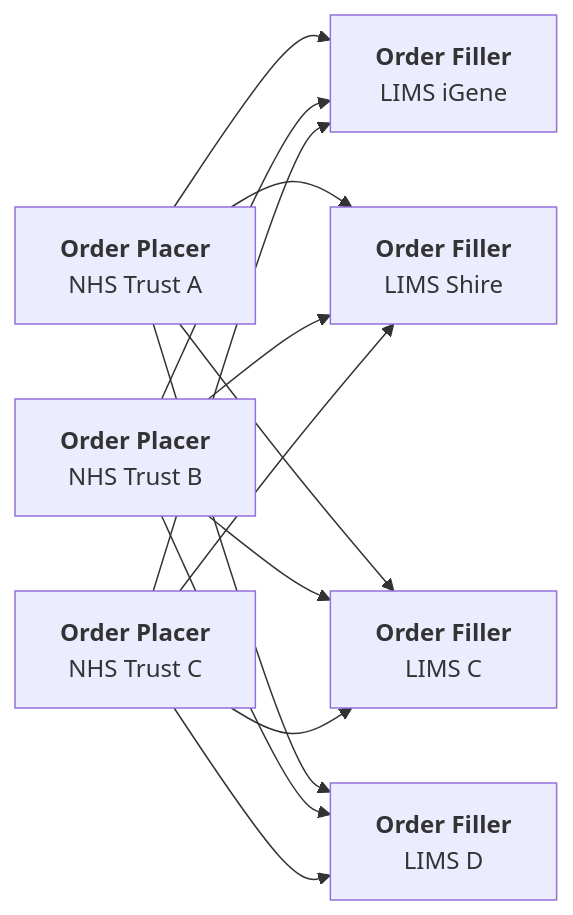
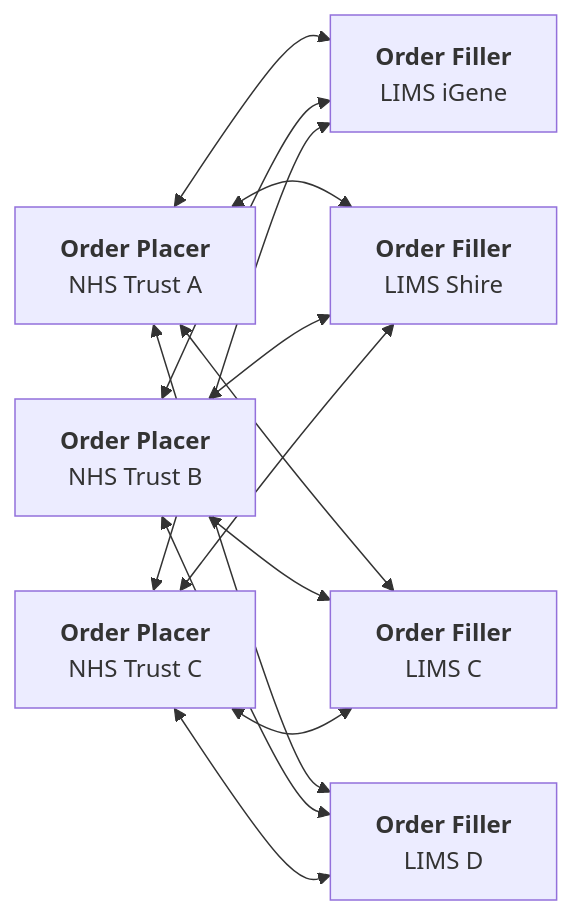
One commit to uk-gov-mirror/nw-gmsa.nw-gmsa.github.com changed the fourth of 8 diagrams in input/pagecontent/index.md. Above: the diagram before and after it, drawn with Mermaid.

Commit message:
Added TIE to future diagrams

````diff
--- a/input/pagecontent/index.md
+++ b/input/pagecontent/index.md
@@ -64,27 +64,27 @@
 ```mermaid
 graph LR
 
     OrderPlacerA[<b>Order Placer</b><br/>NHS Trust A]
     OrderPlacerB[<b>Order Placer</b><br/>NHS Trust B]
     OrderPlacerC[<b>Order Placer</b><br/>NHS Trust C]
 
     LIMSA[<b>Order Filler</b><br>LIMS iGene]
     LIMSB[<b>Order Filler</b><br>LIMS Shire]
     LIMSC[<b>Order Filler</b><br>LIMS C]
     LIMSD[<b>Order Filler</b><br>LIMS D]
 
-    OrderPlacerA --> LIMSA
-    OrderPlacerA --> LIMSB
-    OrderPlacerA --> LIMSC
-    OrderPlacerA --> LIMSD
+    OrderPlacerA <--> LIMSA
+    OrderPlacerA <--> LIMSB
+    OrderPlacerA <--> LIMSC
+    OrderPlacerA <--> LIMSD
 
-    OrderPlacerB --> LIMSA
-    OrderPlacerB --> LIMSB
-    OrderPlacerB --> LIMSC
-    OrderPlacerB --> LIMSD
+    OrderPlacerB <--> LIMSA
+    OrderPlacerB <--> LIMSB
+    OrderPlacerB <--> LIMSC
+    OrderPlacerB <--> LIMSD
 
-    OrderPlacerC --> LIMSA
-    OrderPlacerC --> LIMSB
-    OrderPlacerC --> LIMSC
-    OrderPlacerC --> LIMSD
+    OrderPlacerC <--> LIMSA
+    OrderPlacerC <--> LIMSB
+    OrderPlacerC <--> LIMSC
+    OrderPlacerC <--> LIMSD
 ```
````
